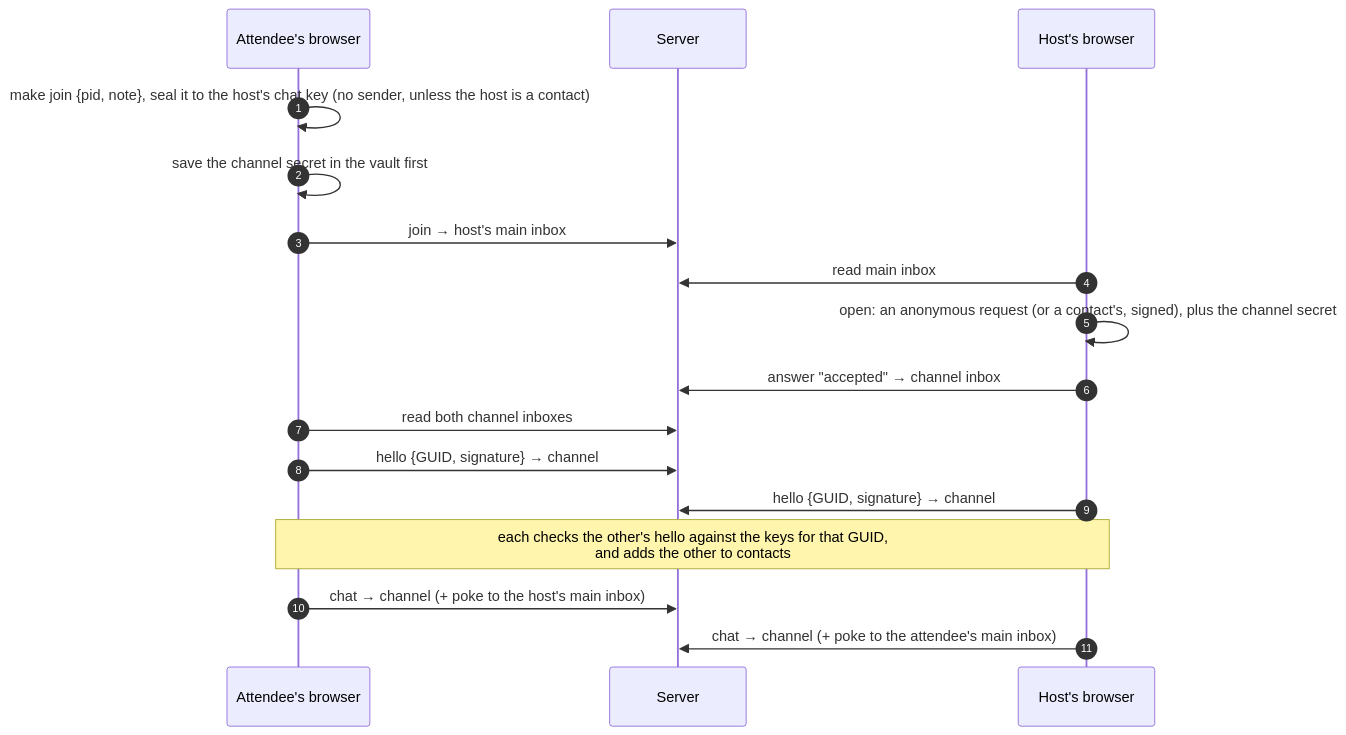
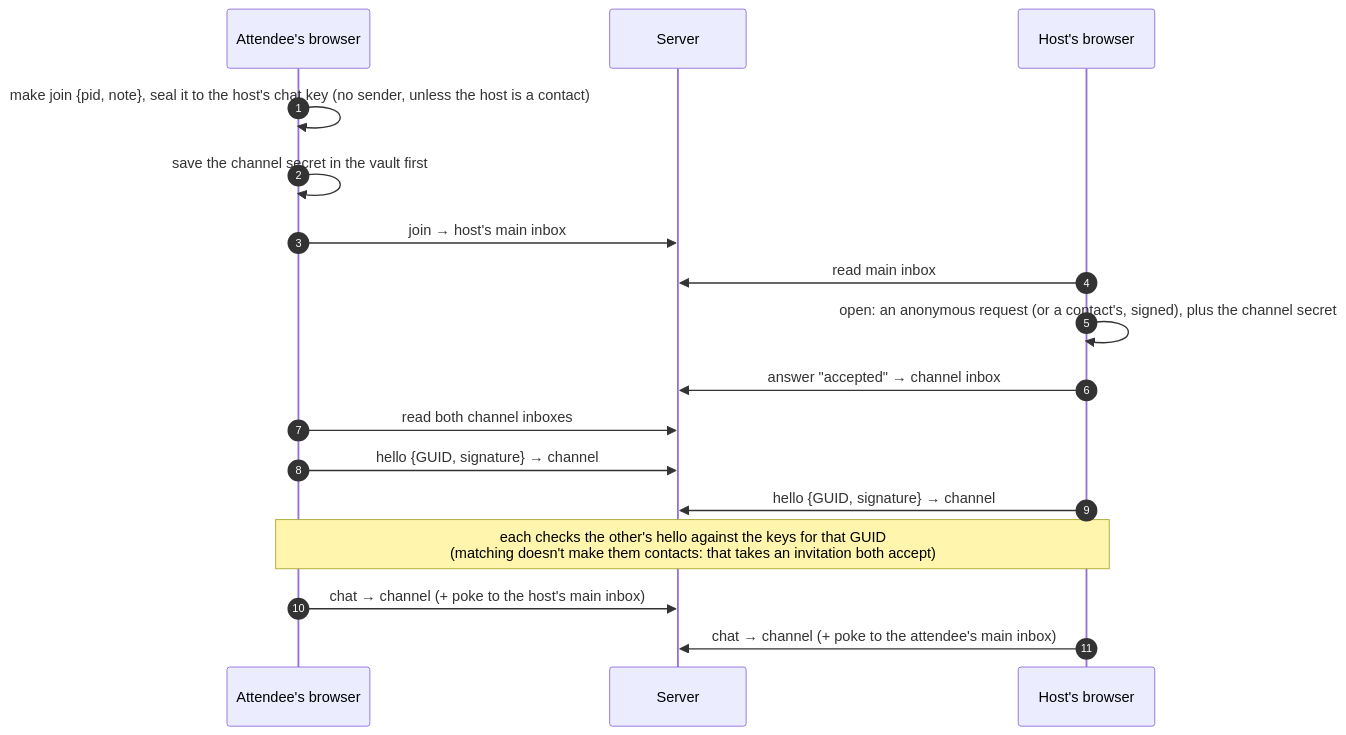
Before and after one commit to 6j0-org/bored: the seventh of 8 diagrams in docs/encryption.md, drawn with Mermaid. The commit also changed other lines of this file and 18 other files, not shown here.

````diff
--- a/docs/encryption.md
+++ b/docs/encryption.md
@@ -265,19 +265,19 @@
 ```mermaid
 sequenceDiagram
   autonumber
   participant A as Attendee's browser
   participant S as Server
   participant H as Host's browser
   A->>A: make join {pid, note}, seal it to the host's chat key (no sender, unless the host is a contact)
   A->>A: save the channel secret in the vault first
   A->>S: join → host's main inbox
   H->>S: read main inbox
   H->>H: open: an anonymous request (or a contact's, signed), plus the channel secret
   H->>S: answer "accepted" → channel inbox
   A->>S: read both channel inboxes
   A->>S: hello {GUID, signature} → channel
   H->>S: hello {GUID, signature} → channel
-  Note over A,H: each checks the other's hello against the keys for that GUID,<br/>and adds the other to contacts
+  Note over A,H: each checks the other's hello against the keys for that GUID<br/>(matching doesn't make them contacts: that takes an invitation both accept)
   A->>S: chat → channel (+ poke to the host's main inbox)
   H->>S: chat → channel (+ poke to the attendee's main inbox)
 ```
````
